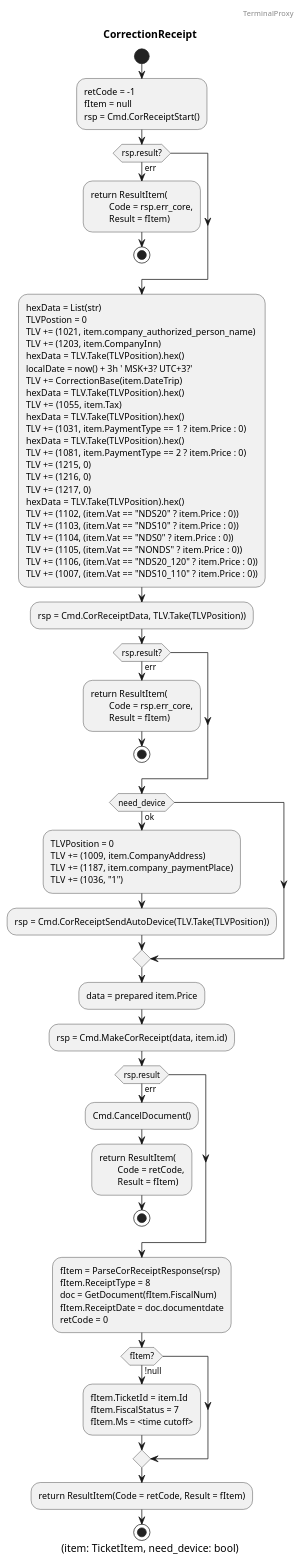
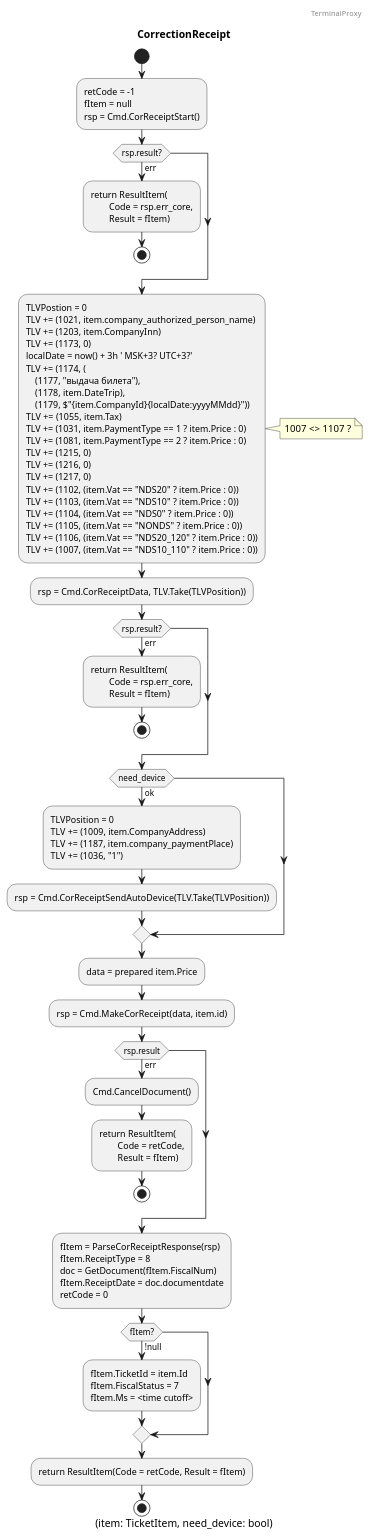
One commit to tieugene/kitpos changed the diagram in doc/tp.cr.puml. Above: the diagram before and after it, drawn with PlantUML. The commit also changed 15 other files, not shown here.

```diff
--- a/doc/tp.cr.puml
+++ b/doc/tp.cr.puml
@@ -1,79 +1,78 @@
 @startuml
 
 header TerminalProxy
 
 title CorrectionReceipt
 caption (item: TicketItem, need_device: bool)
 
 start
 
 :retCode = -1
 fItem = null
 rsp = Cmd.CorReceiptStart();
 if (rsp.result?) then (err)
 	:return ResultItem(
 		Code = rsp.err_core,
 		Result = fItem);
 	stop
 endif
-:hexData = List(str)
-TLVPostion = 0
+:TLVPostion = 0
 TLV += (1021, item.company_authorized_person_name)
 TLV += (1203, item.CompanyInn)
-hexData = TLV.Take(TLVPosition).hex()
+TLV += (1173, 0)
 localDate = now() + 3h ' MSK+3? UTC+3?'
-TLV += CorrectionBase(item.DateTrip)
-hexData = TLV.Take(TLVPosition).hex()
+TLV += (1174, (
+    (1177, "выдача билета"),
+    (1178, item.DateTrip),
+    (1179, $"{item.CompanyId}{localDate:yyyyMMdd}"))
 TLV += (1055, item.Tax)
-hexData = TLV.Take(TLVPosition).hex()
 TLV += (1031, item.PaymentType == 1 ? item.Price : 0)
-hexData = TLV.Take(TLVPosition).hex()
 TLV += (1081, item.PaymentType == 2 ? item.Price : 0)
 TLV += (1215, 0)
 TLV += (1216, 0)
 TLV += (1217, 0)
-hexData = TLV.Take(TLVPosition).hex()
 TLV += (1102, (item.Vat == "NDS20" ? item.Price : 0))
 TLV += (1103, (item.Vat == "NDS10" ? item.Price : 0))
 TLV += (1104, (item.Vat == "NDS0" ? item.Price : 0))
 TLV += (1105, (item.Vat == "NONDS" ? item.Price : 0))
 TLV += (1106, (item.Vat == "NDS20_120" ? item.Price : 0))
 TLV += (1007, (item.Vat == "NDS10_110" ? item.Price : 0));
+note right: 1007 <> 1107 ?
 :rsp = Cmd.CorReceiptData, TLV.Take(TLVPosition));
 if (rsp.result?) then (err)
 	:return ResultItem(
 		Code = rsp.err_core,
 		Result = fItem);
 	stop
 endif
 if (need_device) then (ok)
 	:TLVPosition = 0
 	TLV += (1009, item.CompanyAddress)
 	TLV += (1187, item.company_paymentPlace)
 	TLV += (1036, "1");
 	:rsp = Cmd.CorReceiptSendAutoDevice(TLV.Take(TLVPosition));
 endif
 :data = prepared item.Price;
 :rsp = Cmd.MakeCorReceipt(data, item.id);
 if (rsp.result) then (err)
 	:Cmd.CancelDocument();
 	:return ResultItem(
 		Code = retCode,
 		Result = fItem);
 	stop
 endif
 :fItem = ParseCorReceiptResponse(rsp)
 fItem.ReceiptType = 8
 doc = GetDocument(fItem.FiscalNum)
 fItem.ReceiptDate = doc.documentdate
 retCode = 0;
 if (fItem?) then (!null)
 	:fItem.TicketId = item.Id
 	fItem.FiscalStatus = 7
 	fItem.Ms = <time cutoff>;
 endif
 :return ResultItem(Code = retCode, Result = fItem);
 
 stop
 
 @enduml
```
